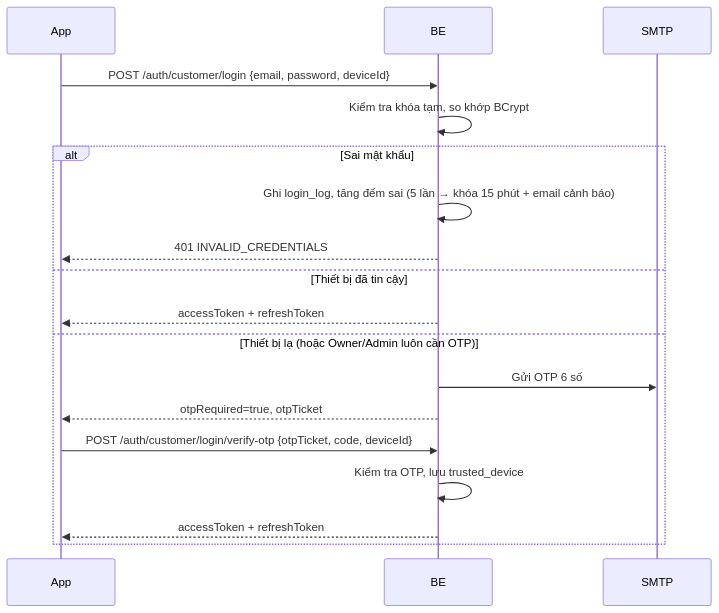
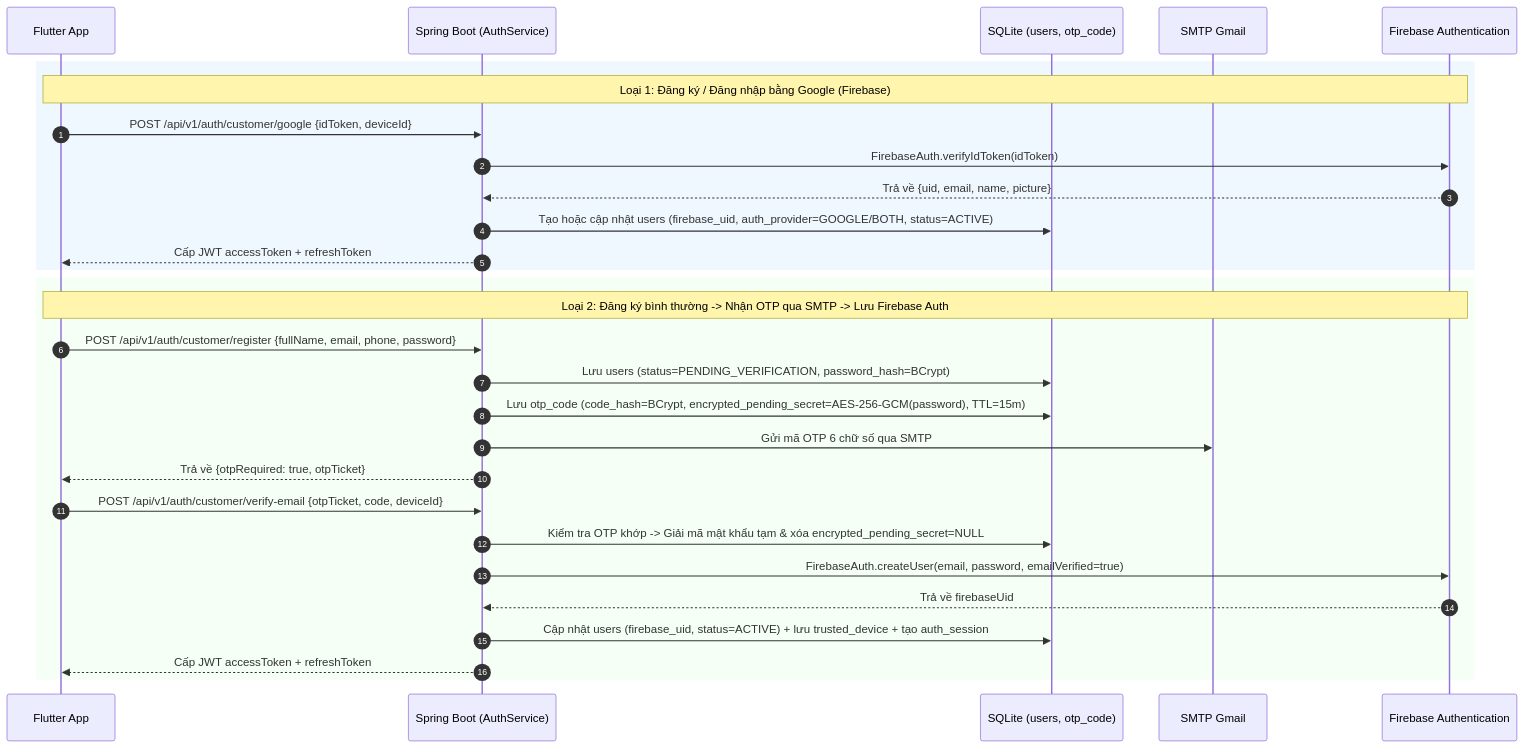
The diagram in badminton_be/docs/04-bao-mat.md (AgentMeap/badminton_hub), drawn with Mermaid before and after one commit. The commit also changed other lines of this file and 86 other files, not shown here.

````diff
--- a/badminton_be/docs/04-bao-mat.md
+++ b/badminton_be/docs/04-bao-mat.md
@@ -48,20 +31,33 @@
 ```mermaid
 sequenceDiagram
-    participant App
-    participant BE
-    participant Mail as SMTP
-    App->>BE: POST /auth/customer/login {email, password, deviceId}
-    BE->>BE: Kiểm tra khóa tạm, so khớp BCrypt
-    alt Sai mật khẩu
-        BE->>BE: Ghi login_log, tăng đếm sai (5 lần → khóa 15 phút + email cảnh báo)
-        BE-->>App: 401 INVALID_CREDENTIALS
-    else Thiết bị đã tin cậy
-        BE-->>App: accessToken + refreshToken
-    else Thiết bị lạ (hoặc Owner/Admin luôn cần OTP)
-        BE->>Mail: Gửi OTP 6 số
-        BE-->>App: otpRequired=true, otpTicket
-        App->>BE: POST /auth/customer/login/verify-otp {otpTicket, code, deviceId}
-        BE->>BE: Kiểm tra OTP, lưu trusted_device
-        BE-->>App: accessToken + refreshToken
+    autonumber
+    participant App as Flutter App
+    participant BE as Spring Boot (AuthService)
+    participant DB as SQLite (users, otp_code)
+    participant Mail as SMTP Gmail
+    participant FB as Firebase Authentication
+
+    rect rgb(240, 248, 255)
+    Note over App,FB: Loại 1: Đăng ký / Đăng nhập bằng Google (Firebase)
+    App->>BE: POST /api/v1/auth/customer/google {idToken, deviceId}
+    BE->>FB: FirebaseAuth.verifyIdToken(idToken)
+    FB-->>BE: Trả về {uid, email, name, picture}
+    BE->>DB: Tạo hoặc cập nhật users (firebase_uid, auth_provider=GOOGLE/BOTH, status=ACTIVE)
+    BE-->>App: Cấp JWT accessToken + refreshToken
+    end
+
+    rect rgb(245, 255, 245)
+    Note over App,FB: Loại 2: Đăng ký bình thường -> Nhận OTP qua SMTP -> Lưu Firebase Auth
+    App->>BE: POST /api/v1/auth/customer/register {fullName, email, phone, password}
+    BE->>DB: Lưu users (status=PENDING_VERIFICATION, password_hash=BCrypt)
+    BE->>DB: Lưu otp_code (code_hash=BCrypt, encrypted_pending_secret=AES-256-GCM(password), TTL=15m)
+    BE->>Mail: Gửi mã OTP 6 chữ số qua SMTP
+    BE-->>App: Trả về {otpRequired: true, otpTicket}
+    App->>BE: POST /api/v1/auth/customer/verify-email {otpTicket, code, deviceId}
+    BE->>DB: Kiểm tra OTP khớp -> Giải mã mật khẩu tạm & xóa encrypted_pending_secret=NULL
+    BE->>FB: FirebaseAuth.createUser(email, password, emailVerified=true)
+    FB-->>BE: Trả về firebaseUid
+    BE->>DB: Cập nhật users (firebase_uid, status=ACTIVE) + lưu trusted_device + tạo auth_session
+    BE-->>App: Cấp JWT accessToken + refreshToken
     end
 ```
````
